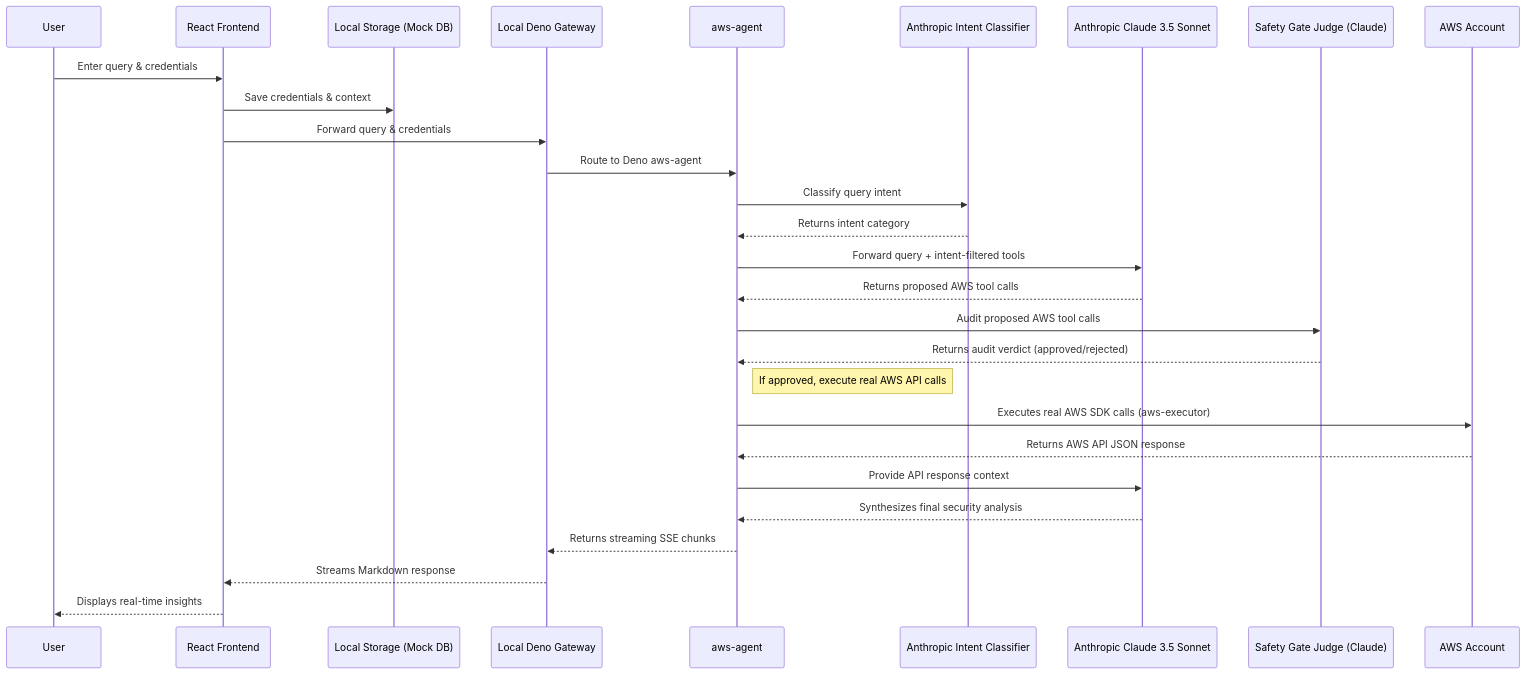
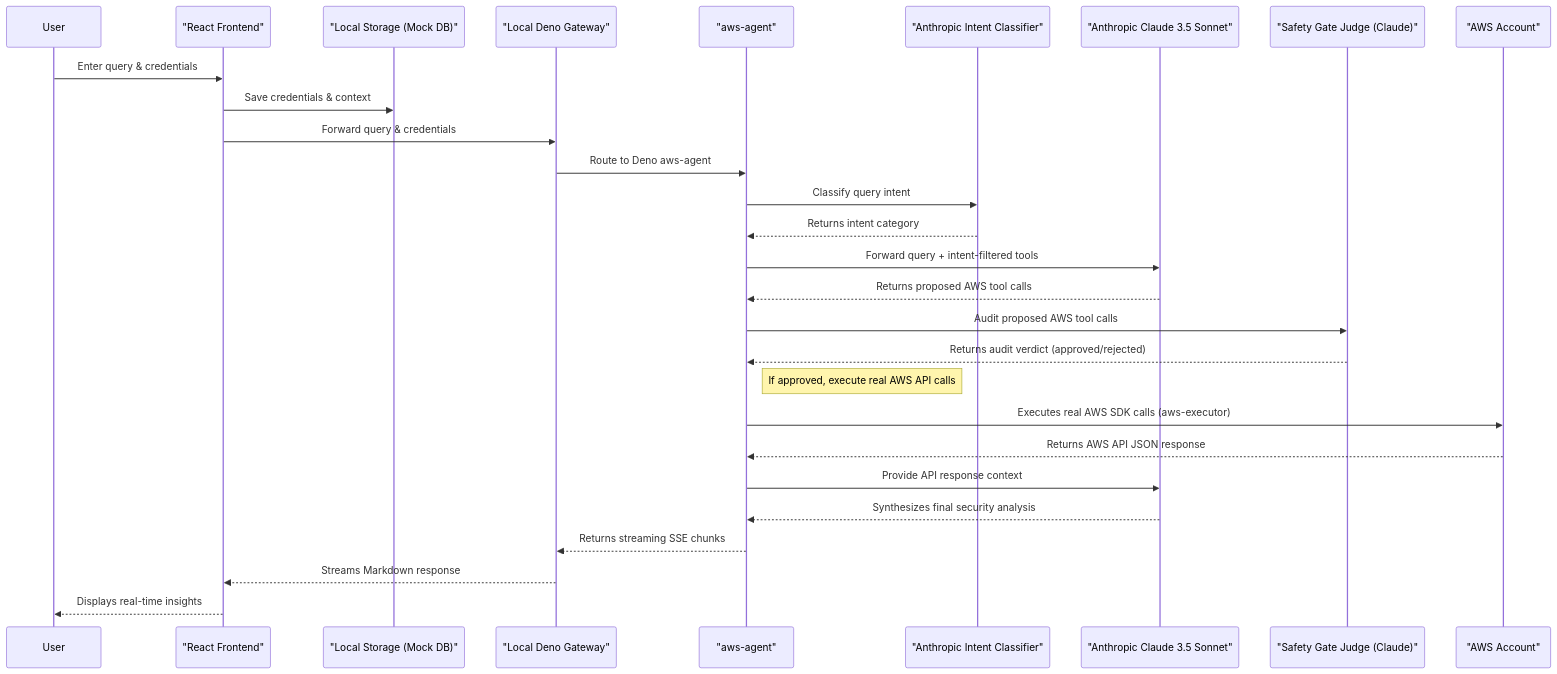
Before and after one commit to ritvikindupuri/CloudPilot-AI---AWS-Security-Agent: the diagram in README.md, drawn with Mermaid.

Commit message:
fix: wrap Mermaid sequence diagram labels in quotes to resolve rendering error

````diff
--- a/README.md
+++ b/README.md
@@ -15,31 +15,31 @@
 ```mermaid
 sequenceDiagram
     participant User
-    participant Frontend as React Frontend
-    participant DB as Local Storage (Mock DB)
-    participant Gateway as Local Deno Gateway
-    participant Agent as aws-agent
-    participant Classifier as Anthropic Intent Classifier
-    participant LLM as Anthropic Claude 3.5 Sonnet
-    participant Judge as Safety Gate Judge (Claude)
-    participant AWS as AWS Account
+    participant Frontend as "React Frontend"
+    participant DB as "Local Storage (Mock DB)"
+    participant Gateway as "Local Deno Gateway"
+    participant Agent as "aws-agent"
+    participant Classifier as "Anthropic Intent Classifier"
+    participant LLM as "Anthropic Claude 3.5 Sonnet"
+    participant Judge as "Safety Gate Judge (Claude)"
+    participant AWS as "AWS Account"
 
     User->>Frontend: Enter query & credentials
     Frontend->>DB: Save credentials & context
     Frontend->>Gateway: Forward query & credentials
     Gateway->>Agent: Route to Deno aws-agent
     Agent->>Classifier: Classify query intent
     Classifier-->>Agent: Returns intent category
     Agent->>LLM: Forward query + intent-filtered tools
     LLM-->>Agent: Returns proposed AWS tool calls
     Agent->>Judge: Audit proposed AWS tool calls
     Judge-->>Agent: Returns audit verdict (approved/rejected)
     Note right of Agent: If approved, execute real AWS API calls
     Agent->>AWS: Executes real AWS SDK calls (aws-executor)
     AWS-->>Agent: Returns AWS API JSON response
     Agent->>LLM: Provide API response context
     LLM-->>Agent: Synthesizes final security analysis
     Agent-->>Gateway: Returns streaming SSE chunks
     Gateway-->>Frontend: Streams Markdown response
     Frontend-->>User: Displays real-time insights
 ```
````
